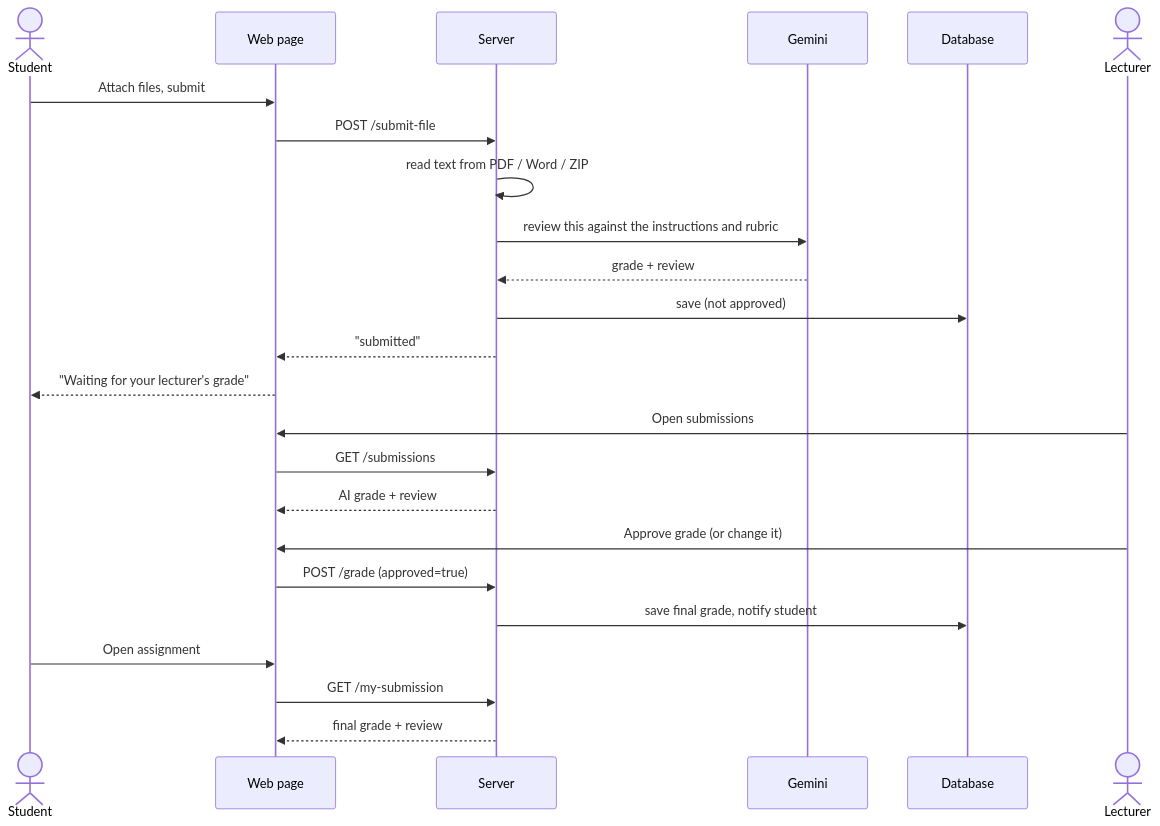
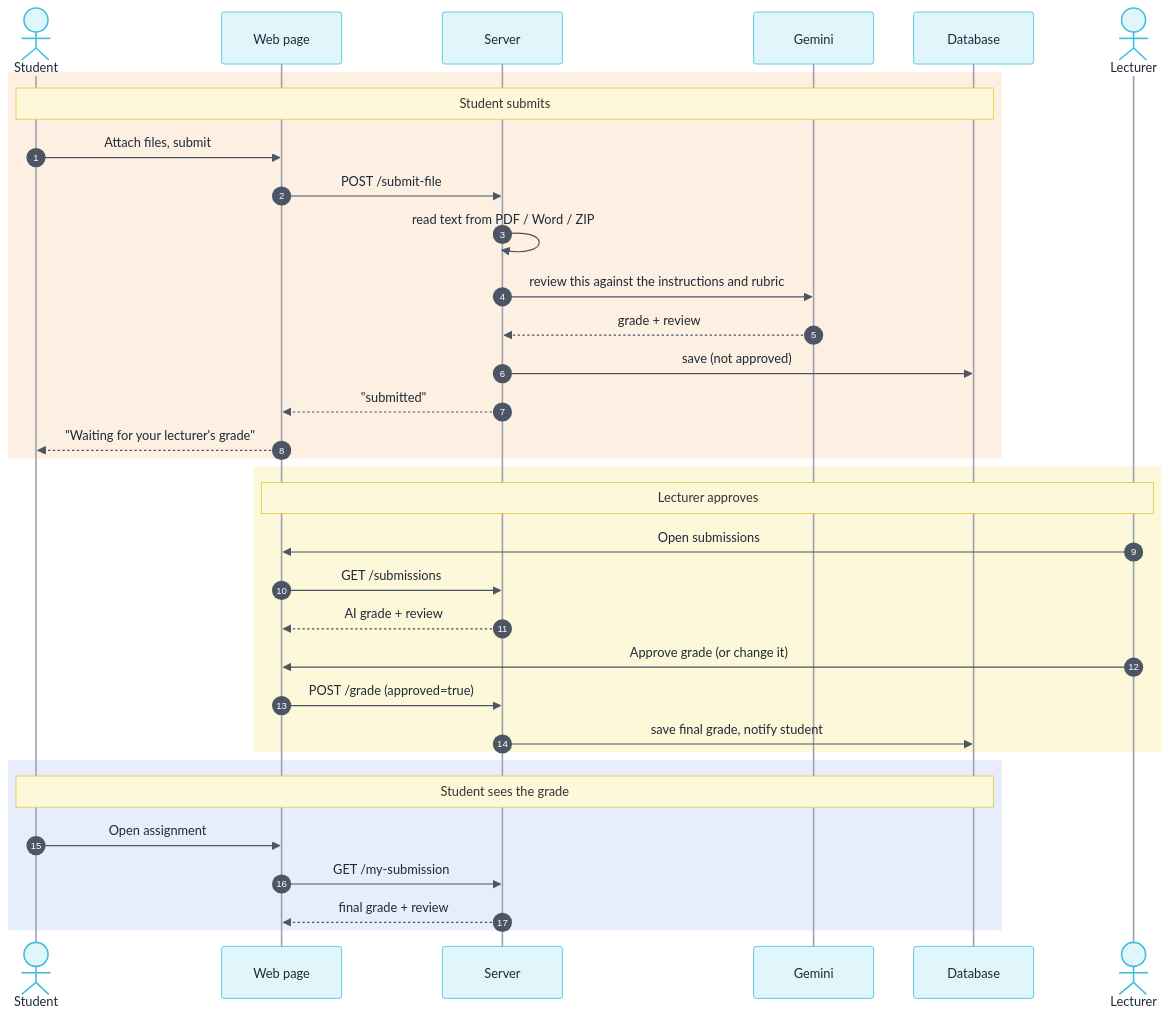
The fifth of 5 diagrams in Documents/Class and Sequence Diagrams.md (YairCohen3/OOP-Ex2), drawn with Mermaid before and after one commit. The commit also changed other lines of this file, not shown here.

````diff
--- a/Documents/Class and Sequence Diagrams.md
+++ b/Documents/Class and Sequence Diagrams.md
@@ -256,29 +334,40 @@
 ```mermaid
+%%{init: {"theme": "base", "themeVariables": {"actorBkg": "#e1f6fb", "actorBorder": "#3fbfdc", "actorTextColor": "#1f2937", "actorLineColor": "#9ca3af", "signalColor": "#4b5563", "signalTextColor": "#1f2937", "labelBoxBkgColor": "#fbe8fb", "labelBoxBorderColor": "#d77ad9", "loopTextColor": "#1f2937", "noteBkgColor": "#fdf8d9", "noteBorderColor": "#e2c83c", "activationBkgColor": "#e5f7e7", "sequenceNumberColor": "#ffffff"}}}%%
 sequenceDiagram
+    autonumber
     actor S as Student
     participant UI as Web page
     participant API as Server
     participant G as Gemini
     participant DB as Database
     actor L as Lecturer
 
-    S->>UI: Attach files, submit
-    UI->>API: POST /submit-file
-    API->>API: read text from PDF / Word / ZIP
-    API->>G: review this against the instructions and rubric
-    G-->>API: grade + review
-    API->>DB: save (not approved)
-    API-->>UI: "submitted"
-    UI-->>S: "Waiting for your lecturer's grade"
+    rect rgb(253, 239, 226)
+        Note over S,DB: Student submits
+        S->>UI: Attach files, submit
+        UI->>API: POST /submit-file
+        API->>API: read text from PDF / Word / ZIP
+        API->>G: review this against the instructions and rubric
+        G-->>API: grade + review
+        API->>DB: save (not approved)
+        API-->>UI: "submitted"
+        UI-->>S: "Waiting for your lecturer's grade"
+    end
 
-    L->>UI: Open submissions
-    UI->>API: GET /submissions
-    API-->>UI: AI grade + review
-    L->>UI: Approve grade (or change it)
-    UI->>API: POST /grade (approved=true)
-    API->>DB: save final grade, notify student
+    rect rgb(253, 248, 217)
+        Note over UI,L: Lecturer approves
+        L->>UI: Open submissions
+        UI->>API: GET /submissions
+        API-->>UI: AI grade + review
+        L->>UI: Approve grade (or change it)
+        UI->>API: POST /grade (approved=true)
+        API->>DB: save final grade, notify student
+    end
 
-    S->>UI: Open assignment
-    UI->>API: GET /my-submission
-    API-->>UI: final grade + review
+    rect rgb(232, 237, 253)
+        Note over S,DB: Student sees the grade
+        S->>UI: Open assignment
+        UI->>API: GET /my-submission
+        API-->>UI: final grade + review
+    end
 ```
````
